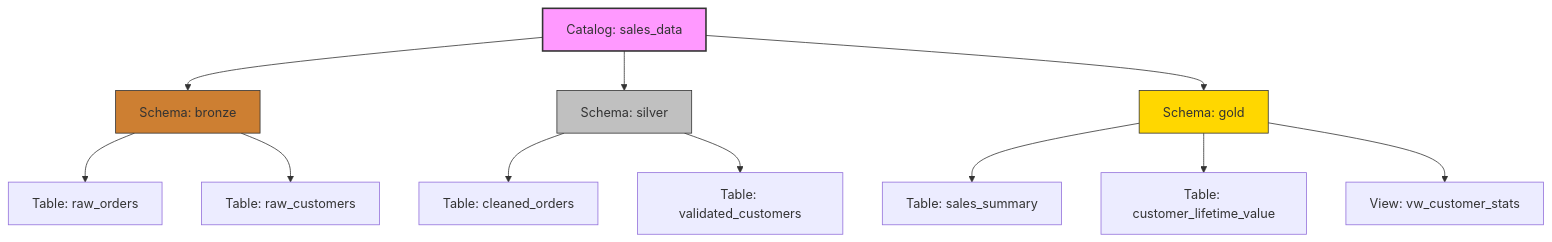
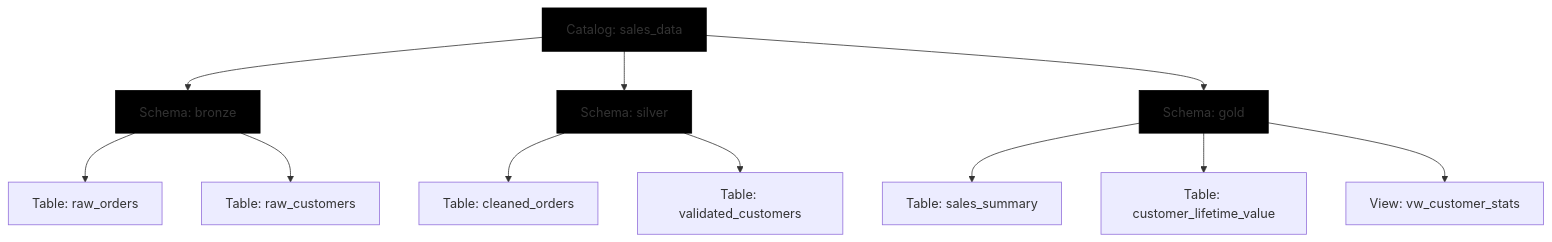
One commit to Balasubramanian-pg/DP-750 changed the first of 3 diagrams in 01. Setup And Configure Environment/05. Create and organize objects in Unity Catalog/02. Apply naming conventions.md. Above: the diagram before and after it, drawn with Mermaid. The commit also changed other lines of this file, not shown here.

````diff
--- a/01. Setup And Configure Environment/05. Create and organize objects in Unity Catalog/02. Apply naming conventions.md
+++ b/01. Setup And Configure Environment/05. Create and organize objects in Unity Catalog/02. Apply naming conventions.md
@@ -25,21 +25,21 @@
 ```mermaid
 graph TD
     A[Catalog: sales_data] --> B[Schema: bronze]
     A --> C[Schema: silver]
     A --> D[Schema: gold]
 
     B --> E[Table: raw_orders]
     B --> F[Table: raw_customers]
 
     C --> G[Table: cleaned_orders]
     C --> H[Table: validated_customers]
 
     D --> I[Table: sales_summary]
     D --> J[Table: customer_lifetime_value]
     D --> K[View: vw_customer_stats]
 
-    style A fill:#f9f,stroke:#333,stroke-width:2px
-    style B fill:#cd7f32,stroke:#333,stroke-width:1px
-    style C fill:#c0c0c0,stroke:#333,stroke-width:1px
-    style D fill:#ffd700,stroke:#333,stroke-width:1px
+    style A fill:#000000,stroke:#000000,stroke-width:2px
+    style B fill:#000000,stroke:#000000,stroke-width:1px
+    style C fill:#000000,stroke:#000000,stroke-width:1px
+    style D fill:#000000,stroke:#000000,stroke-width:1px
 ```
````
